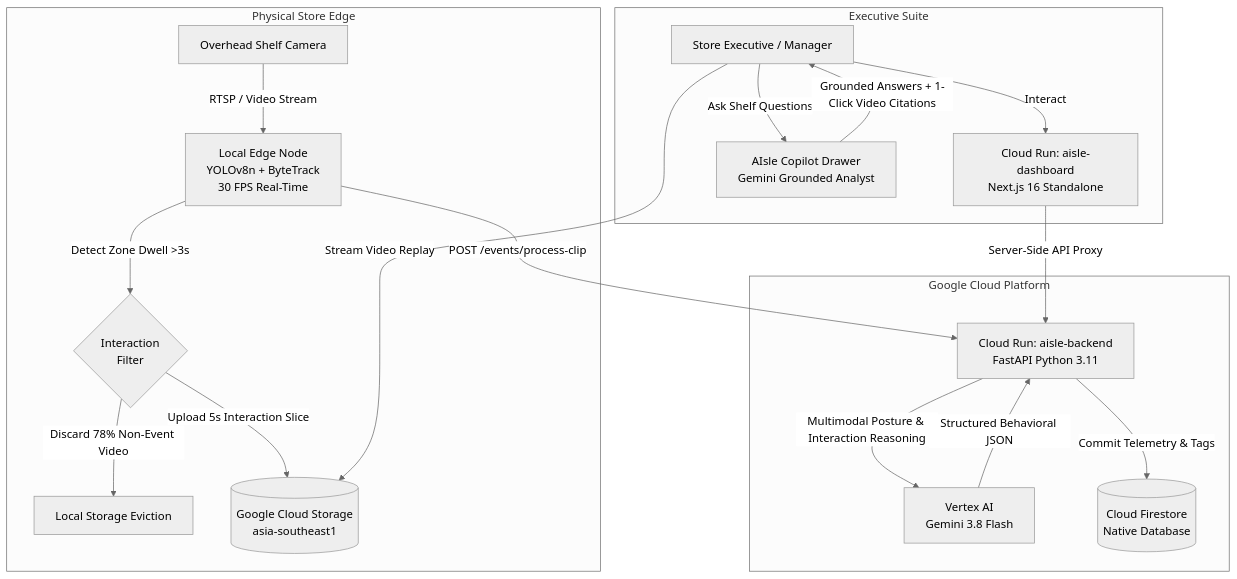
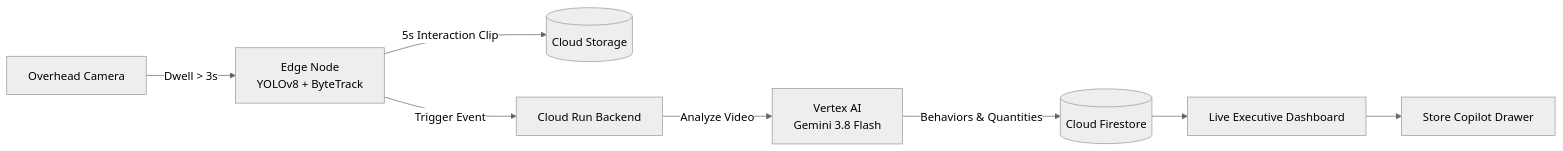
The diagram in README.md (kend0t/aisle), drawn with Mermaid (neutral theme) before and after one commit. The commit also changed other lines of this file, not shown here.

````diff
--- a/README.md
+++ b/README.md
@@ -34,24 +34,10 @@
 ```mermaid
-graph TD
-    subgraph "Physical Store Edge"
-        Camera[Overhead Shelf Camera] -->|RTSP / Video Stream| EdgeNode[Local Edge Node<br>YOLOv8n + ByteTrack<br>30 FPS Real-Time]
-        EdgeNode -->|Detect Zone Dwell >3s| EdgeFilter{Interaction<br>Filter}
-        EdgeFilter -->|Discard 78% Non-Event Video| Dropped[Local Storage Eviction]
-        EdgeFilter -->|Upload 5s Interaction Slice| GCS[(Google Cloud Storage<br>asia-southeast1)]
-    end
-
-    subgraph "Google Cloud Platform"
-        EdgeNode -->|POST /events/process-clip| Backend[Cloud Run: aisle-backend<br>FastAPI Python 3.11]
-        Backend -->|Multimodal Posture & Interaction Reasoning| Gemini[Vertex AI<br>Gemini 3.8 Flash]
-        Gemini -->|Structured Behavioral JSON| Backend
-        Backend -->|Commit Telemetry & Tags| Firestore[(Cloud Firestore<br>Native Database)]
-    end
-
-    subgraph "Executive Suite"
-        Dashboard[Cloud Run: aisle-dashboard<br>Next.js 16 Standalone] -->|Server-Side API Proxy| Backend
-        Executive[Store Executive / Manager] -->|Interact| Dashboard
-        Executive -->|Ask Shelf Questions| Copilot[AIsle Copilot Drawer<br>Gemini Grounded Analyst]
-        Copilot -->|Grounded Answers + 1-Click Video Citations| Executive
-        Executive -->|Stream Video Replay| GCS
-    end
+graph LR
+    Camera[Overhead Camera] -->|Dwell > 3s| Edge[Edge Node<br>YOLOv8 + ByteTrack]
+    Edge -->|5s Interaction Clip| GCS[(Cloud Storage)]
+    Edge -->|Trigger Event| Backend[Cloud Run Backend]
+    Backend -->|Analyze Video| Gemini[Vertex AI<br>Gemini 3.8 Flash]
+    Gemini -->|Behaviors & Quantities| Firestore[(Cloud Firestore)]
+    Firestore --> Dashboard[Live Executive Dashboard]
+    Dashboard --> Copilot[Store Copilot Drawer]
 ```
````
